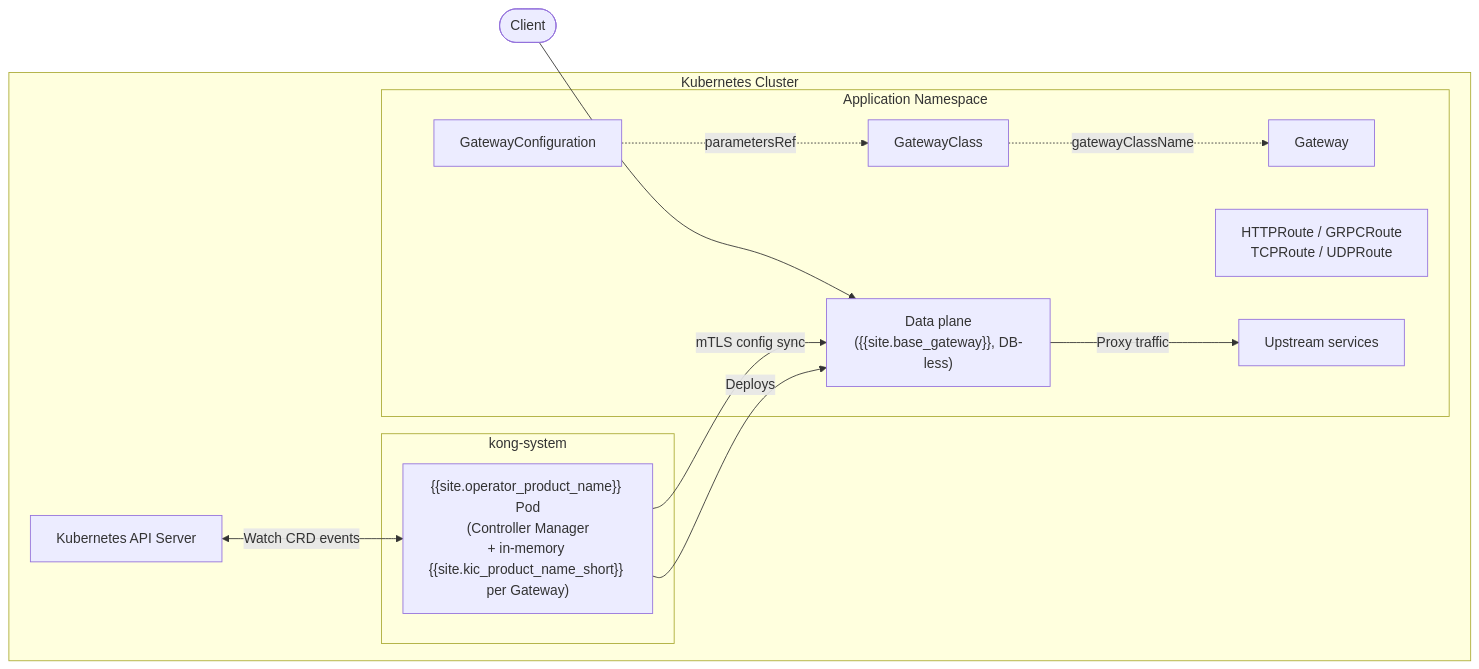
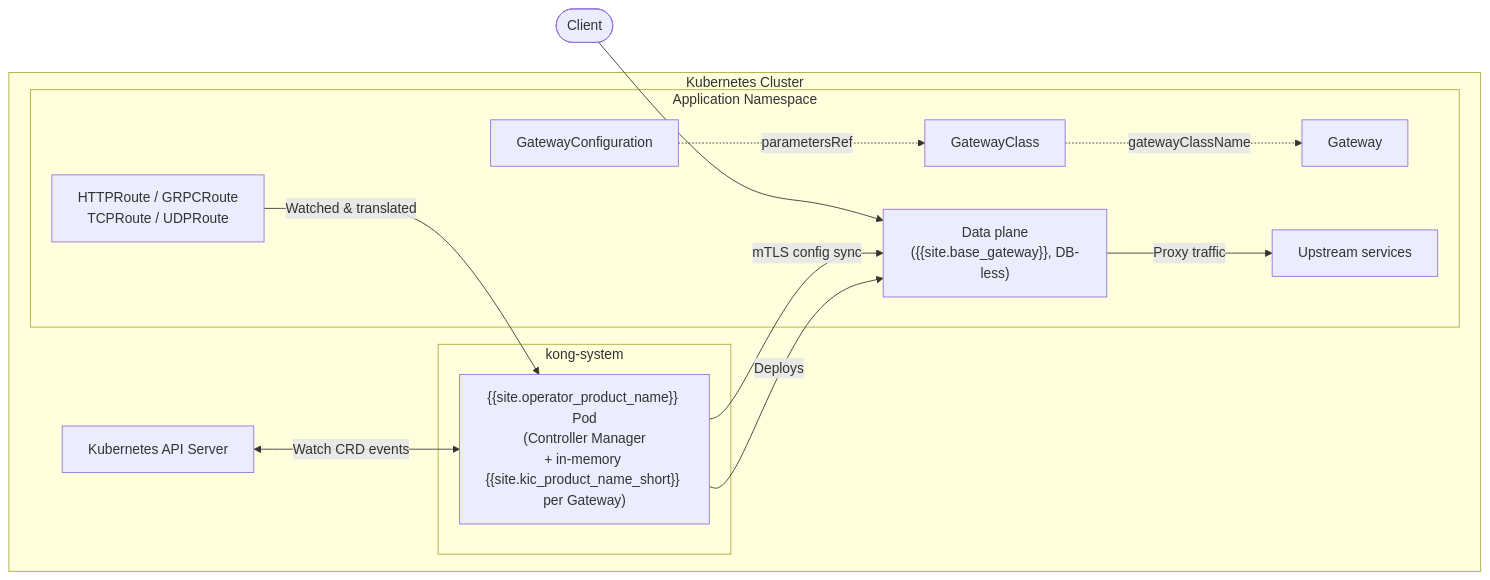
The first of 2 diagrams in app/operator/reference/architecture.md (Kong/developer.konghq.com), drawn with Mermaid before and after one commit.

```diff
--- a/app/operator/reference/architecture.md
+++ b/app/operator/reference/architecture.md
@@ -41,28 +41,29 @@
 {% mermaid %}
 flowchart LR
     subgraph K8s[Kubernetes Cluster]
         K[Kubernetes API Server]
 
         subgraph kongNS[kong-system]
             KO["{{site.operator_product_name}} Pod<br/>(Controller Manager<br/>+ in-memory {{site.kic_product_name_short}} per Gateway)"]
         end
 
         subgraph AppNS[Application Namespace]
             GWConfig[GatewayConfiguration]
             GWClass[GatewayClass]
             GW[Gateway]
             Routes["HTTPRoute / GRPCRoute<br/>TCPRoute / UDPRoute"]
             DP["Data plane<br/>({{site.base_gateway}}, DB-less)"]
             S[Upstream services]
         end
 
         GWConfig -.->|parametersRef| GWClass
         GWClass -.->|gatewayClassName| GW
         K <-->|Watch CRD events| KO
+        Routes -->|Watched & translated| KO
         KO -->|Deploys| DP
         KO -->|mTLS config sync| DP
         DP -->|Proxy traffic| S
     end
 
     Client([Client]) --> DP
 {% endmermaid %}
```
